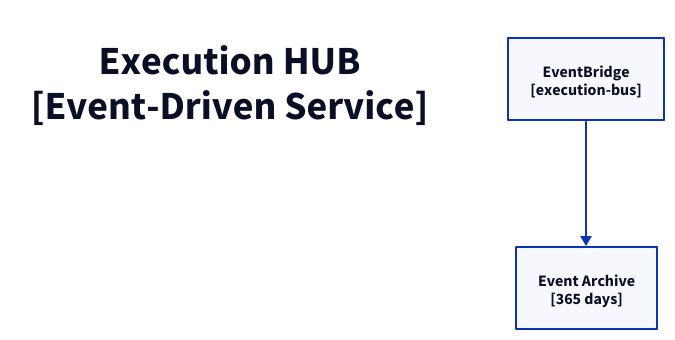
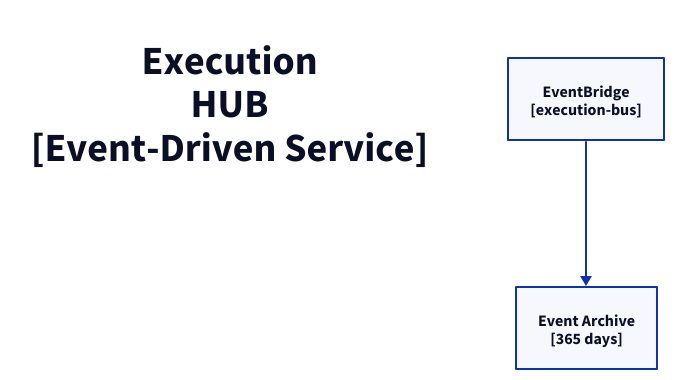
The diagram in docs/architecture/c3/execution-hub.d2 (fabio-vitali/nestfolio), drawn with D2 before and after one commit. The commit also changed 66 other files, not shown here.

Commit message:
fix: c4 diagrams fixes

```diff
--- a/docs/architecture/c3/execution-hub.d2
+++ b/docs/architecture/c3/execution-hub.d2
@@ -1,11 +1,11 @@
 direction: down
 
-title: "Execution HUB\n[Event-Driven Service]" {
+title: "Execution\nHUB\n[Event-Driven Service]" {
   style: { font-size: 40; bold: true; fill: transparent; stroke: transparent }
 }
 
 execution-bus: "EventBridge\n[execution-bus]" { class: aws-eventbridge }
 archive: "Event Archive\n[365 days]" { class: aws-s3 }
 execution-bus -> archive
 
 # Flows
```
